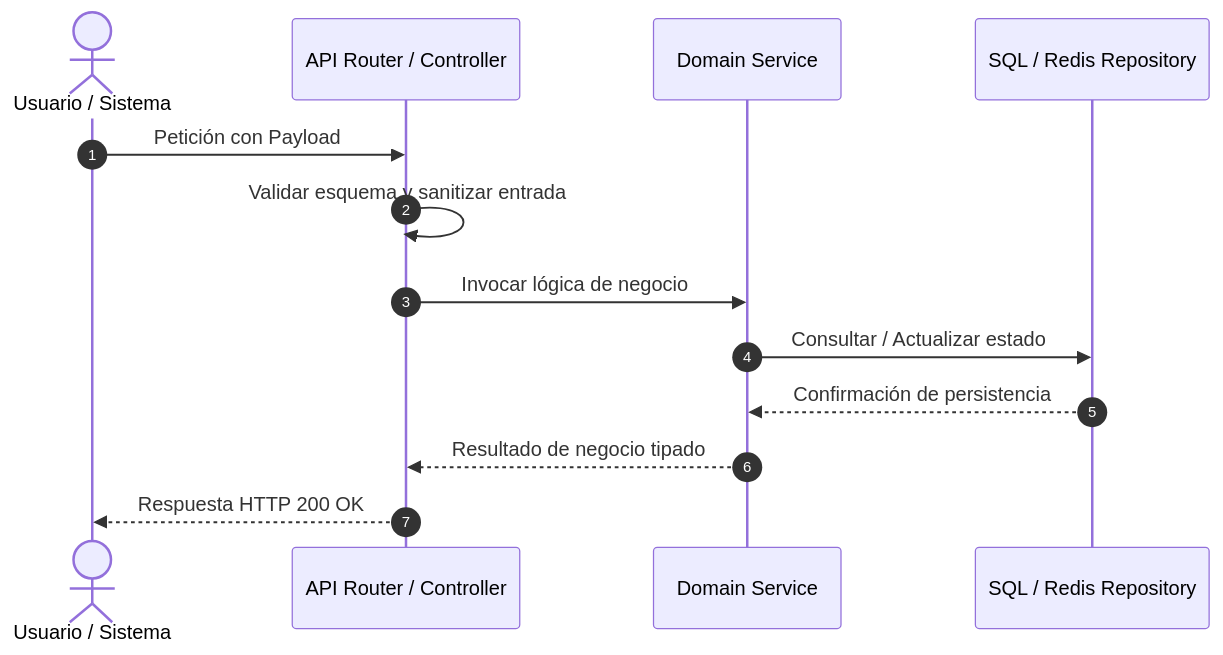
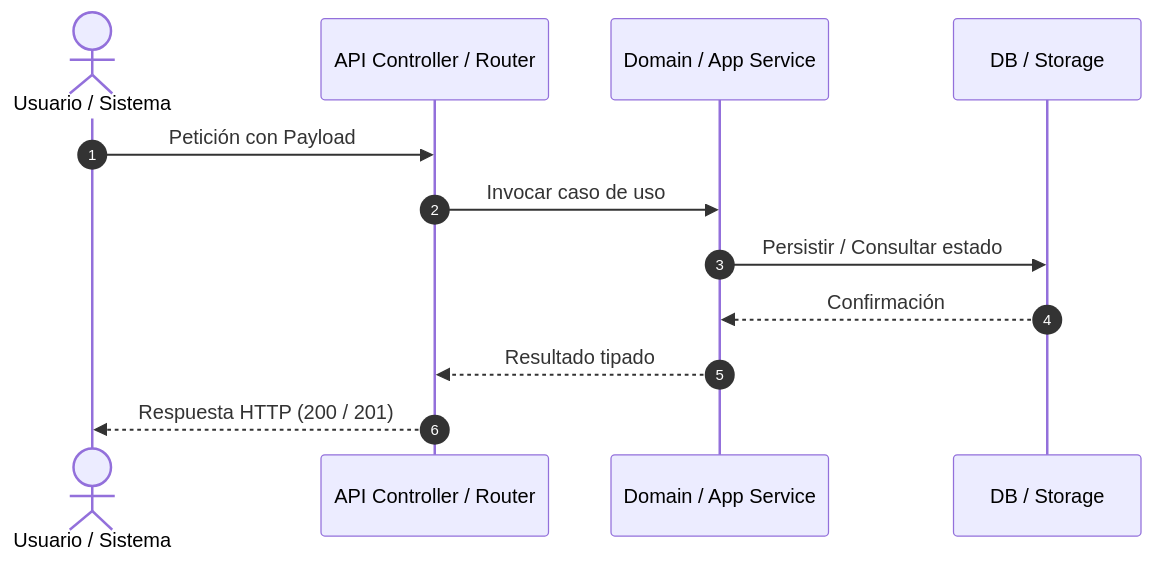
One commit to statico-statico/test_skill_to_auto_sdlc changed the second of 2 diagrams in .github/skills/sdlc-automation/templates/diseño.md. Above: the diagram before and after it, drawn with Mermaid. The commit also changed other lines of this file and 10 other files, not shown here.

````diff
--- a/.github/skills/sdlc-automation/templates/diseño.md
+++ b/.github/skills/sdlc-automation/templates/diseño.md
@@ -201,16 +93,15 @@
 ```mermaid
 sequenceDiagram
     autonumber
     actor Cliente as Usuario / Sistema
-    participant Router as API Router / Controller
-    participant Service as Domain Service
-    participant Repo as SQL / Redis Repository
+    participant Controller as API Controller / Router
+    participant Service as Domain / App Service
+    participant Repo as DB / Storage
 
-    Cliente->>Router: Petición con Payload
-    Router->>Router: Validar esquema y sanitizar entrada
-    Router->>Service: Invocar lógica de negocio
-    Service->>Repo: Consultar / Actualizar estado
-    Repo-->>Service: Confirmación de persistencia
-    Service-->>Router: Resultado de negocio tipado
-    Router-->>Cliente: Respuesta HTTP 200 OK
+    Cliente->>Controller: Petición con Payload
+    Controller->>Service: Invocar caso de uso
+    Service->>Repo: Persistir / Consultar estado
+    Repo-->>Service: Confirmación
+    Service-->>Controller: Resultado tipado
+    Controller-->>Cliente: Respuesta HTTP (200 / 201)
 ```
````
